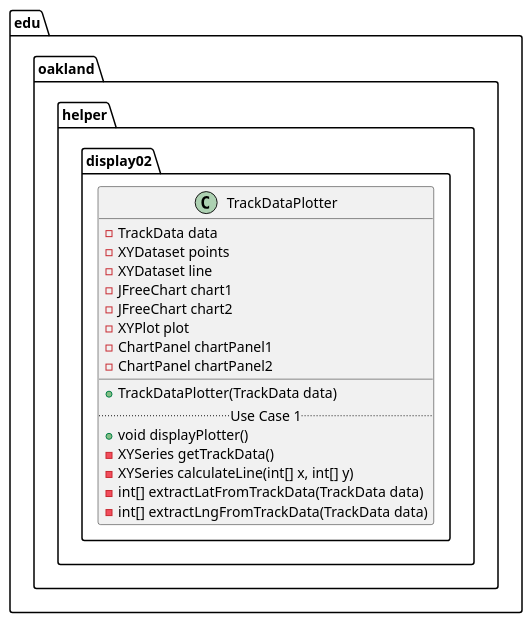
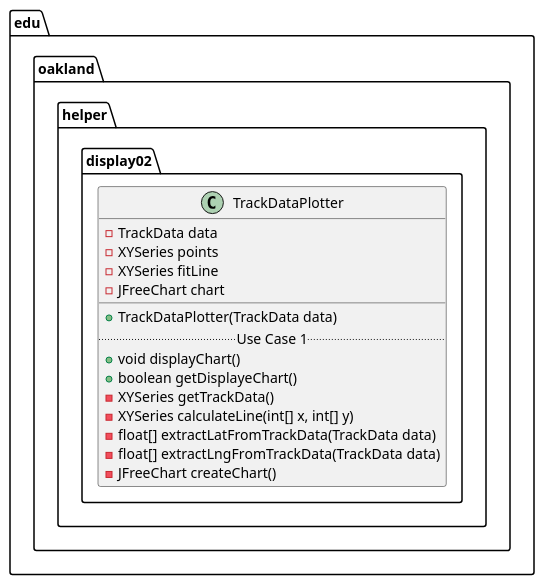
The diagram in docs/uml-class-diagrams/display02/helper/TrackDataPlotter/TrackDataPlotter.puml (andrewdimmer/csi-3370-software-project), drawn with PlantUML before and after one commit. The commit also changed 30 other files, not shown here.

First line of the commit message:
Update TrackDataPlotter.puml (#166)

```diff
--- a/docs/uml-class-diagrams/display02/helper/TrackDataPlotter/TrackDataPlotter.puml
+++ b/docs/uml-class-diagrams/display02/helper/TrackDataPlotter/TrackDataPlotter.puml
@@ -1,24 +1,22 @@
 @startuml TrackDataPlotter
 
 package edu.oakland.helper.display02 {
     class TrackDataPlotter {
         - TrackData data
-        - XYDataset points
-        - XYDataset line
-        - JFreeChart chart1
-        - JFreeChart chart2
-        - XYPlot plot
-        - ChartPanel chartPanel1
-        - ChartPanel chartPanel2
+        - XYSeries points
+        - XYSeries fitLine
+        - JFreeChart chart
         __
         + TrackDataPlotter(TrackData data)
         .. Use Case 1 ..
-        + void displayPlotter()
+        + void displayChart()
+        + boolean getDisplayeChart()
         - XYSeries getTrackData()
         - XYSeries calculateLine(int[] x, int[] y)
-        - int[] extractLatFromTrackData(TrackData data)
-        - int[] extractLngFromTrackData(TrackData data)
+        - float[] extractLatFromTrackData(TrackData data)
+        - float[] extractLngFromTrackData(TrackData data)
+        - JFreeChart createChart()
     }
 }
 
 @enduml
```
